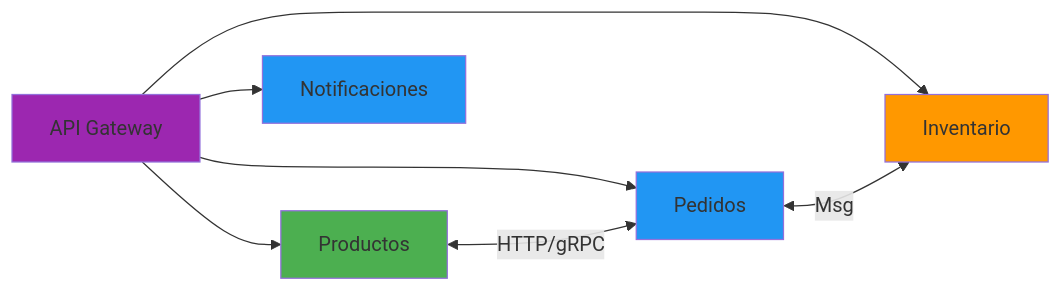
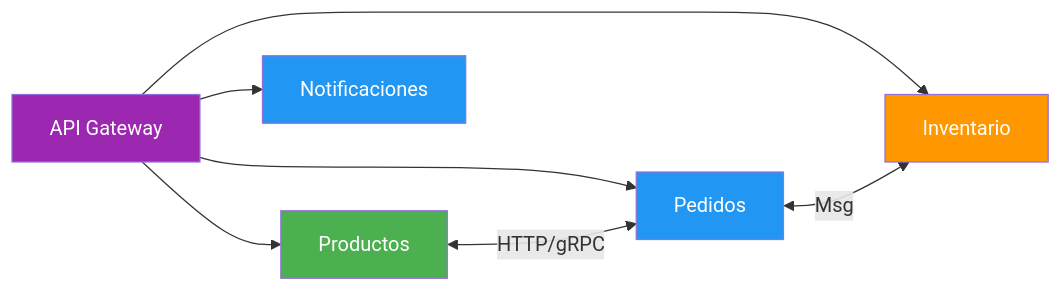
One commit to joseluisgs/DesarrolloWebEntornosServidor-01-2026-2027 changed diagram 17 of 17 in csharp_inicial/05-PatronesArquitecturas.md. Above: the diagram before and after it, drawn with Mermaid. The commit also changed other lines of this file and 66 other files, not shown here.

First line of the commit message:
fix: normalizar titulos al castellano de frase y corregir la paleta de mermaid

````diff
--- a/csharp_inicial/05-PatronesArquitecturas.md
+++ b/csharp_inicial/05-PatronesArquitecturas.md
@@ -811,16 +811,16 @@
 ```mermaid
 graph LR
     G["API Gateway"] --> P["Productos"]
     G --> PE["Pedidos"]
     G --> I["Inventario"]
     G --> N["Notificaciones"]
     
     P <-->|HTTP/gRPC| PE
     PE <-->|Msg| I
     
-    style G fill:#9C27B0
-    style P fill:#4CAF50
-    style PE fill:#2196F3
-    style I fill:#FF9800
-    style N fill:#2196F3
+    style G fill:#9C27B0,color:#fff
+    style P fill:#4CAF50,color:#fff
+    style PE fill:#2196F3,color:#fff
+    style I fill:#FF9800,color:#fff
+    style N fill:#2196F3,color:#fff
 ```
````
